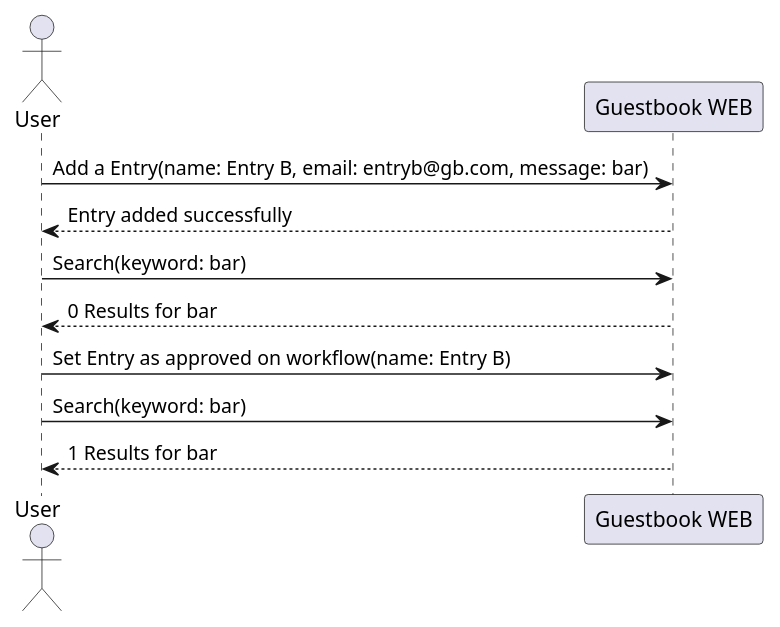
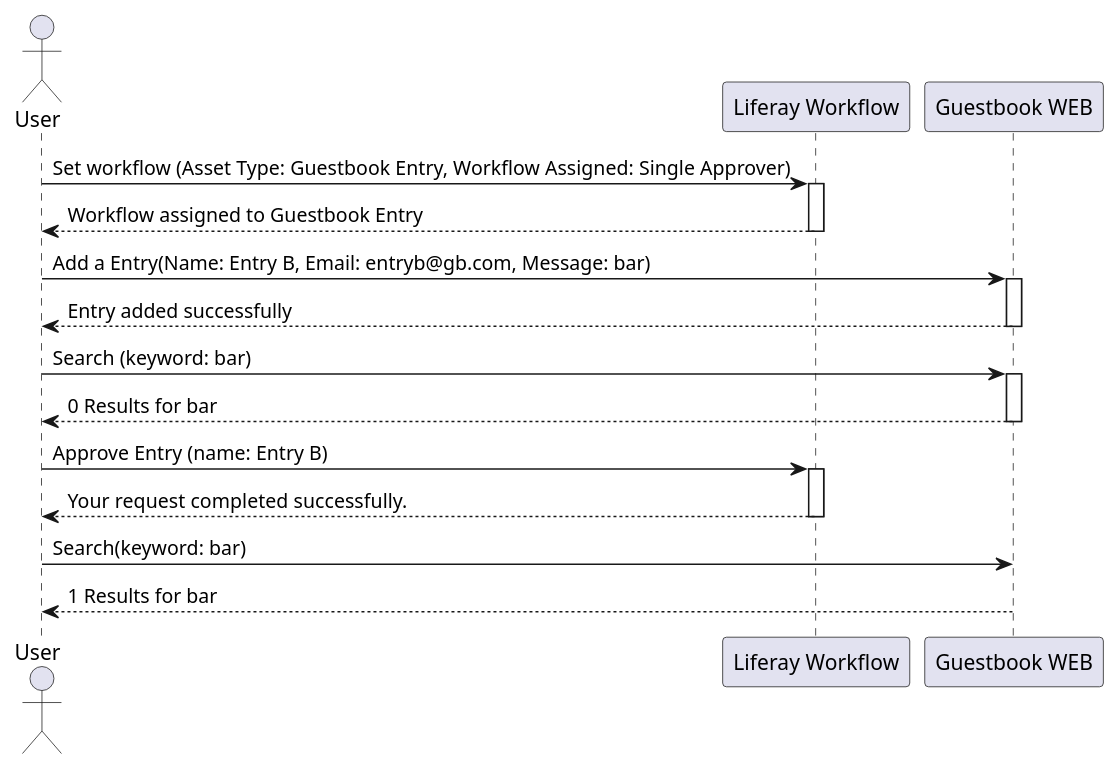
The diagram in docs/specifications/using-workflow/seq.plantuml (lmarqs/liferay-training), drawn with PlantUML before and after one commit. The commit also changed 1 other file, not shown here.

```diff
--- a/docs/specifications/using-workflow/seq.plantuml
+++ b/docs/specifications/using-workflow/seq.plantuml
@@ -1,12 +1,29 @@
 @startuml
-actor User
-participant "Guestbook WEB" as I
+actor User as U
+participant "Liferay Workflow" as LW
+participant "Guestbook WEB" as GW
 
-User -> I: Add a Entry(name: Entry B, email: entryb@gb.com, message: bar)
-User <-- I: Entry added successfully
-User -> I: Search(keyword: bar)
-User <-- I: 0 Results for bar
-User -> I: Set Entry as approved on workflow(name: Entry B)
-User -> I: Search(keyword: bar)
-User <-- I: 1 Results for bar
+
+U -> LW: Set workflow (Asset Type: Guestbook Entry, Workflow Assigned: Single Approver)
+activate LW
+U <-- LW: Workflow assigned to Guestbook Entry
+deactivate LW
+
+U -> GW: Add a Entry(Name: Entry B, Email: entryb@gb.com, Message: bar)
+activate GW
+U <-- GW: Entry added successfully
+deactivate GW
+
+U -> GW: Search (keyword: bar)
+activate GW
+U <-- GW: 0 Results for bar
+deactivate GW
+
+U -> LW: Approve Entry (name: Entry B)
+activate LW
+U <-- LW: Your request completed successfully.
+deactivate LW
+
+U -> GW: Search(keyword: bar)
+U <-- GW: 1 Results for bar
 @enduml
```
